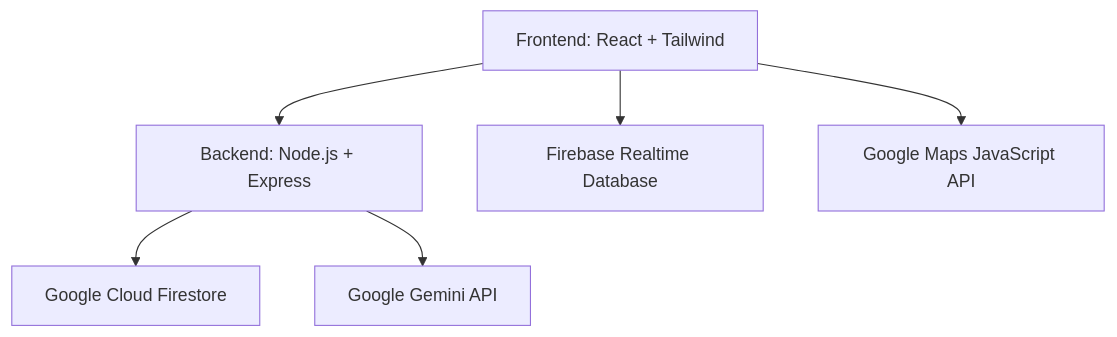
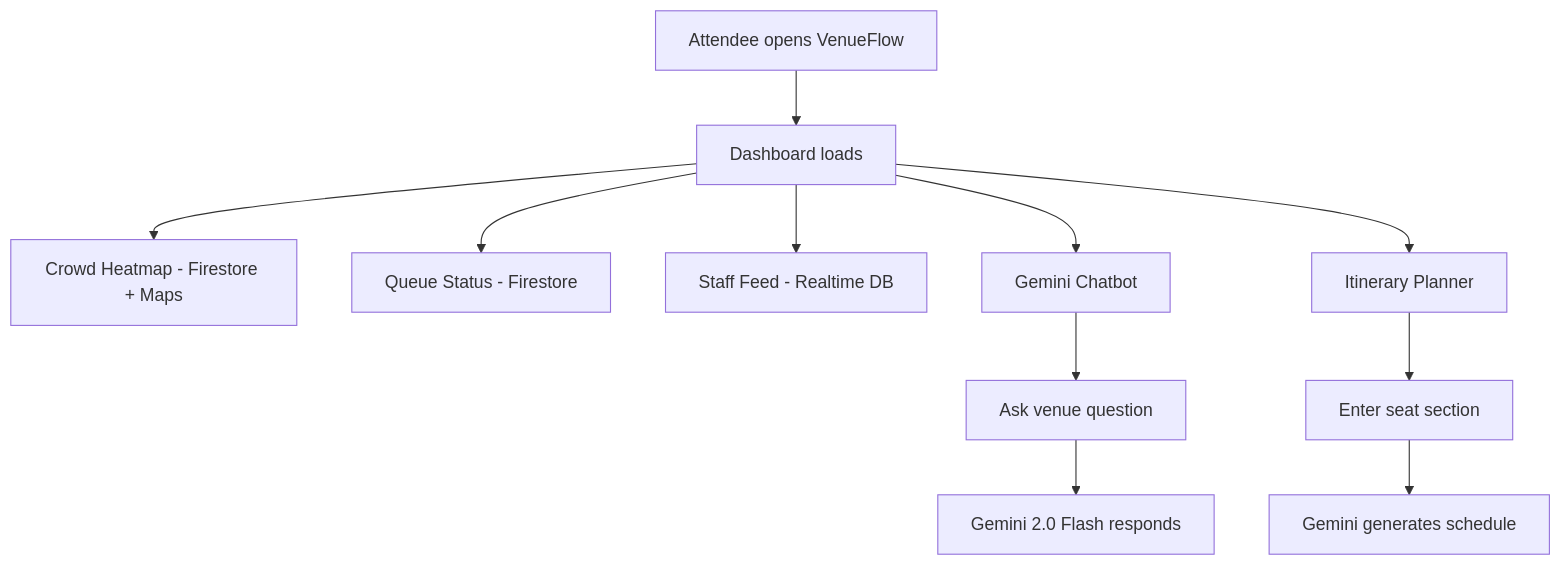
The diagram in venueflow/README.md (Auenchanters/Virtual-PromptWars), drawn with Mermaid before and after one commit. The commit also changed other lines of this file and 9 other files, not shown here.

````diff
--- a/venueflow/README.md
+++ b/venueflow/README.md
@@ -9,8 +29,13 @@
 ```mermaid
 graph TD
-    A[Frontend: React + Tailwind] --> B[Backend: Node.js + Express]
-    A --> C[Firebase Realtime Database]
-    B --> D[Google Cloud Firestore]
-    B --> E[Google Gemini API]
-    A --> F[Google Maps JavaScript API]
+    A[Attendee opens VenueFlow] --> B[Dashboard loads]
+    B --> C[Crowd Heatmap - Firestore + Maps]
+    B --> D[Queue Status - Firestore]
+    B --> E[Staff Feed - Realtime DB]
+    B --> F[Gemini Chatbot]
+    F --> G[Ask venue question]
+    G --> H[Gemini 2.0 Flash responds]
+    B --> I[Itinerary Planner]
+    I --> J[Enter seat section]
+    J --> K[Gemini generates schedule]
 ```
````
